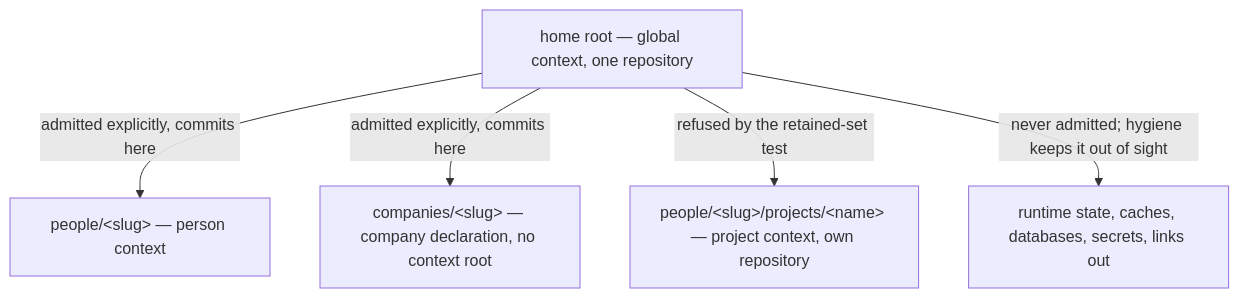
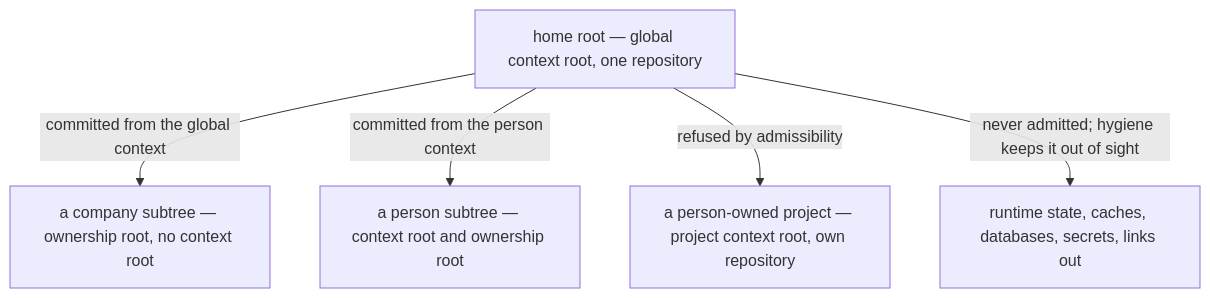
The diagram in docs/project/design/architecture/home-repository.md (InstruktAI/TeleClaude), drawn with Mermaid before and after one commit. The commit also changed other lines of this file, not shown here.

````diff
--- a/docs/project/design/architecture/home-repository.md
+++ b/docs/project/design/architecture/home-repository.md
@@ -358,13 +237,13 @@
 ```mermaid
 flowchart TD
-    H["home root — global context, one repository"]
-    P["people/&lt;slug&gt; — person context"]
-    C["companies/&lt;slug&gt; — company declaration, no context root"]
-    PR["people/&lt;slug&gt;/projects/&lt;name&gt; — project context, own repository"]
+    H["home root — global context root, one repository"]
+    P["a person subtree — context root and ownership root"]
+    C["a company subtree — ownership root, no context root"]
+    PR["a person-owned project — project context root, own repository"]
     X["runtime state, caches, databases, secrets, links out"]
 
-    H -->|"admitted explicitly, commits here"| P
-    H -->|"admitted explicitly, commits here"| C
-    H -->|"refused by the retained-set test"| PR
+    H -->|"committed from the global context"| C
+    H -->|"committed from the person context"| P
+    H -->|"refused by admissibility"| PR
     H -->|"never admitted; hygiene keeps it out of sight"| X
 ```
````
